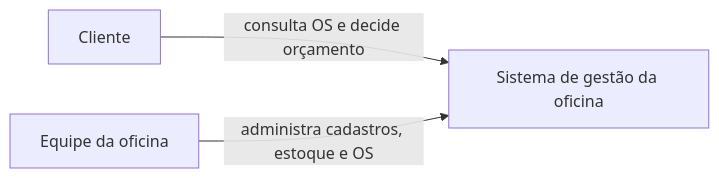
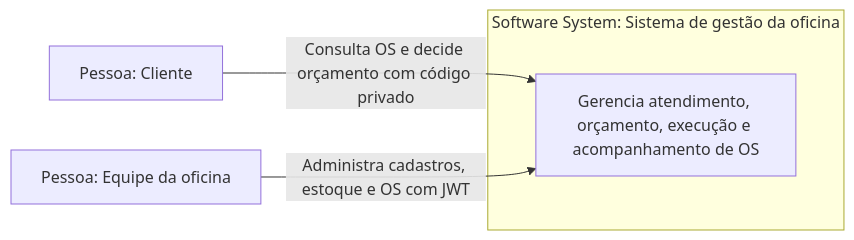
The first of 5 diagrams in docs/arquitetura/c4.md (RafaCarvalh0/Tech-Challenge), drawn with Mermaid before and after one commit. The commit also changed other lines of this file and 5 other files, not shown here.

````diff
--- a/docs/arquitetura/c4.md
+++ b/docs/arquitetura/c4.md
@@ -7,9 +11,12 @@
 ```mermaid
 flowchart LR
-    cliente[Cliente]
-    equipe[Equipe da oficina]
-    sistema[Sistema de gestão da oficina]
+    cliente[Pessoa: Cliente]
+    equipe[Pessoa: Equipe da oficina]
 
-    cliente -->|consulta OS e decide orçamento| sistema
-    equipe -->|administra cadastros, estoque e OS| sistema
+    subgraph limite[Software System: Sistema de gestão da oficina]
+        sistema[Gerencia atendimento, orçamento, execução e acompanhamento de OS]
+    end
+
+    cliente -->|Consulta OS e decide orçamento com código privado| sistema
+    equipe -->|Administra cadastros, estoque e OS com JWT| sistema
 ```
````
